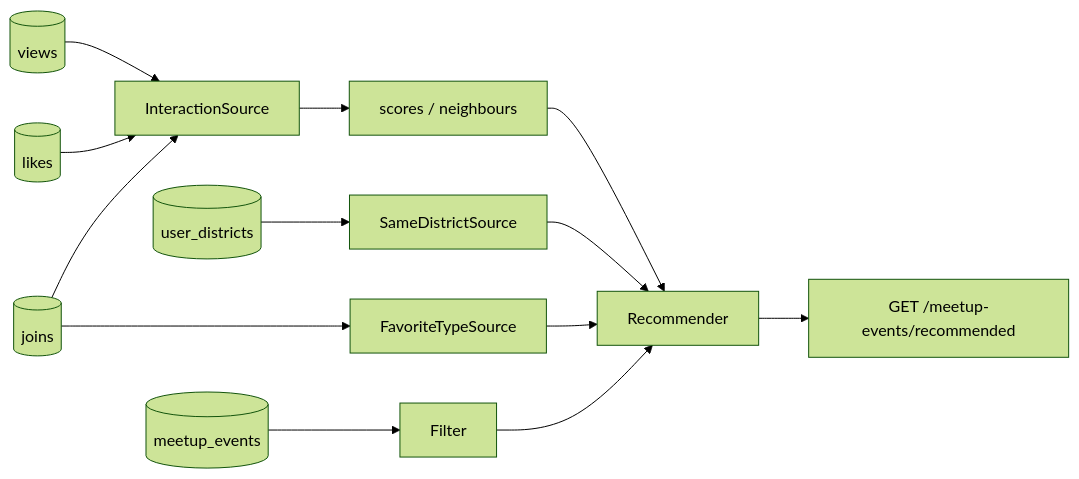
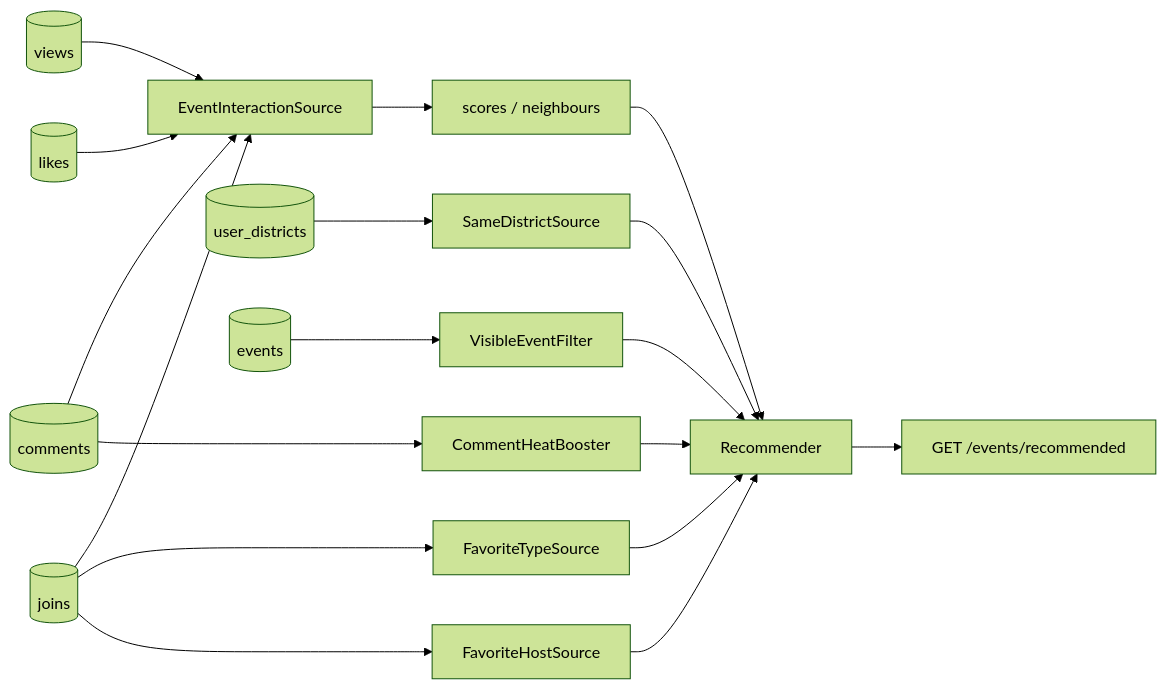
Before and after one commit to solutionforest/laravel-recommender: the diagram in examples/events-advanced/README.md, drawn with Mermaid (forest theme). The commit also changed other lines of this file and 113 other files, not shown here.

````diff
--- a/examples/events-advanced/README.md
+++ b/examples/events-advanced/README.md
@@ -14,12 +17,16 @@
 ```mermaid
 flowchart LR
-  V[(views)] & L[(likes)] & J[(joins)] --> I[InteractionSource]
+  V[(views)] & L[(likes)] & C[(comments)] & J[(joins)] --> I[EventInteractionSource]
   UD[(user_districts)] --> D[SameDistrictSource]
   J --> T[FavoriteTypeSource]
+  J --> H[FavoriteHostSource]
+  C --> B[CommentHeatBooster]
   I --> Jobs[scores / neighbours]
   Jobs --> R[Recommender]
   D --> R
   T --> R
-  E[(meetup_events)] --> F[Filter] --> R
-  R --> API["GET /meetup-events/recommended"]
+  H --> R
+  B --> R
+  E[(events)] --> F[VisibleEventFilter] --> R
+  R --> API["GET /events/recommended"]
 ```
````
